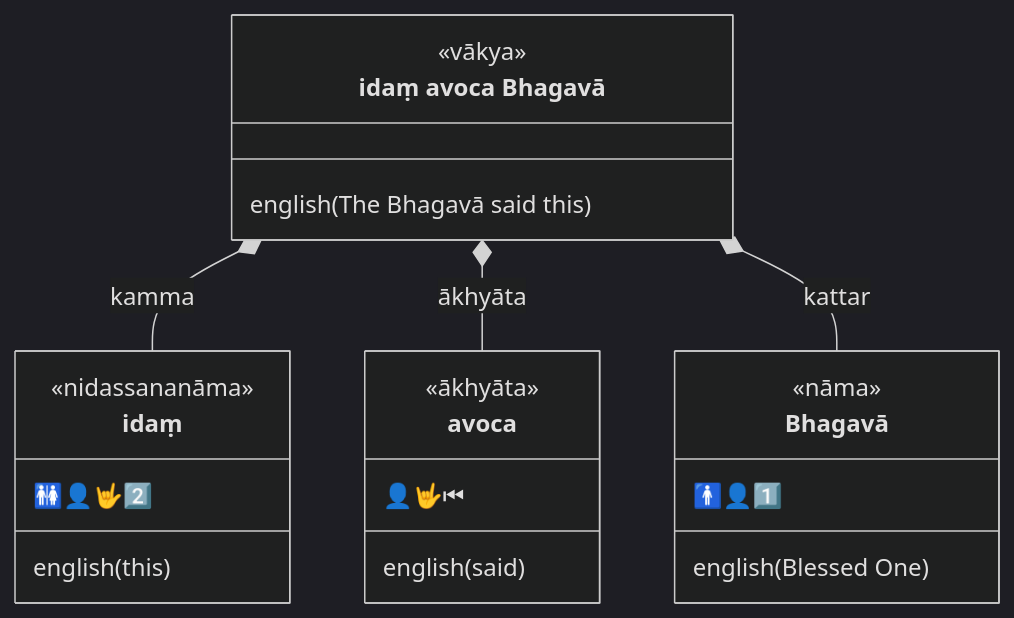
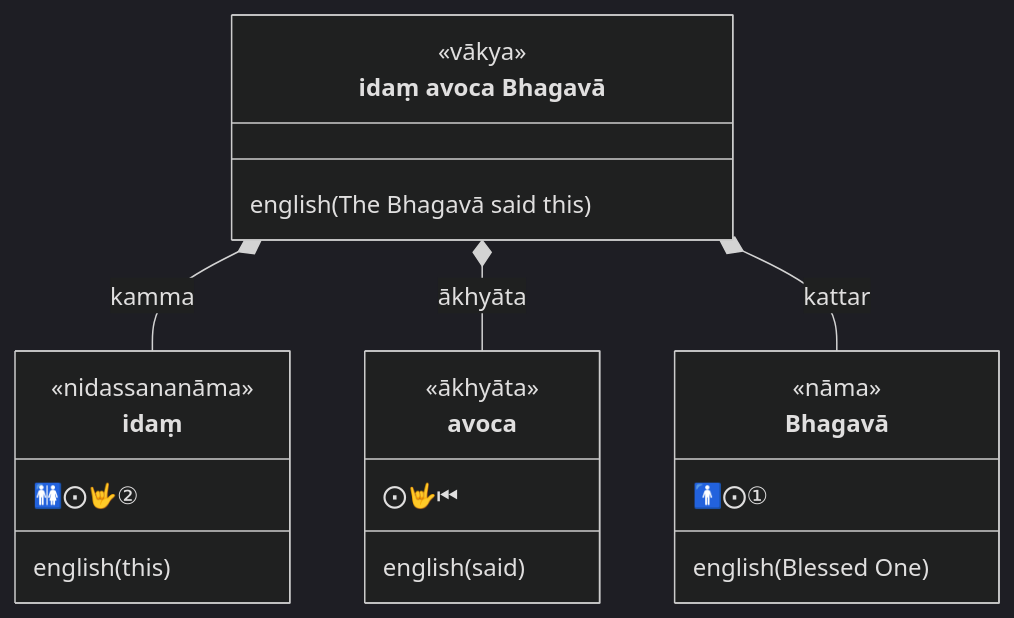
Diagram 13 of 60 in content/en/docs/Pali/sentences.md (ChristineTham/buddhavacana), drawn with Mermaid (dark theme) before and after one commit. The commit also changed other lines of this file and 71 other files, not shown here.

````diff
--- a/content/en/docs/Pali/sentences.md
+++ b/content/en/docs/Pali/sentences.md
@@ -444,25 +444,25 @@
 ```mermaid
 classDiagram
   class sentence["idaṃ avoca Bhagavā"] {
     <<vākya>>
     english(The Bhagavā said this)
   }
   class idaṃ {
     <<nidassananāma>>
-    🚻👤🤟2️⃣
+    🚻⨀🤟②
     english(this)
   }
   class avoca {
     <<ākhyāta>>
-    👤🤟⏮
+    ⨀🤟⏮
     english(said)
   }
   class Bhagavā {
     <<nāma>>
-    🚹👤1️⃣
+    🚹⨀①
     english(Blessed One)
   }
   sentence *-- idaṃ : kamma
   sentence *-- avoca : ākhyāta
   sentence *-- Bhagavā : kattar
 ```
````
